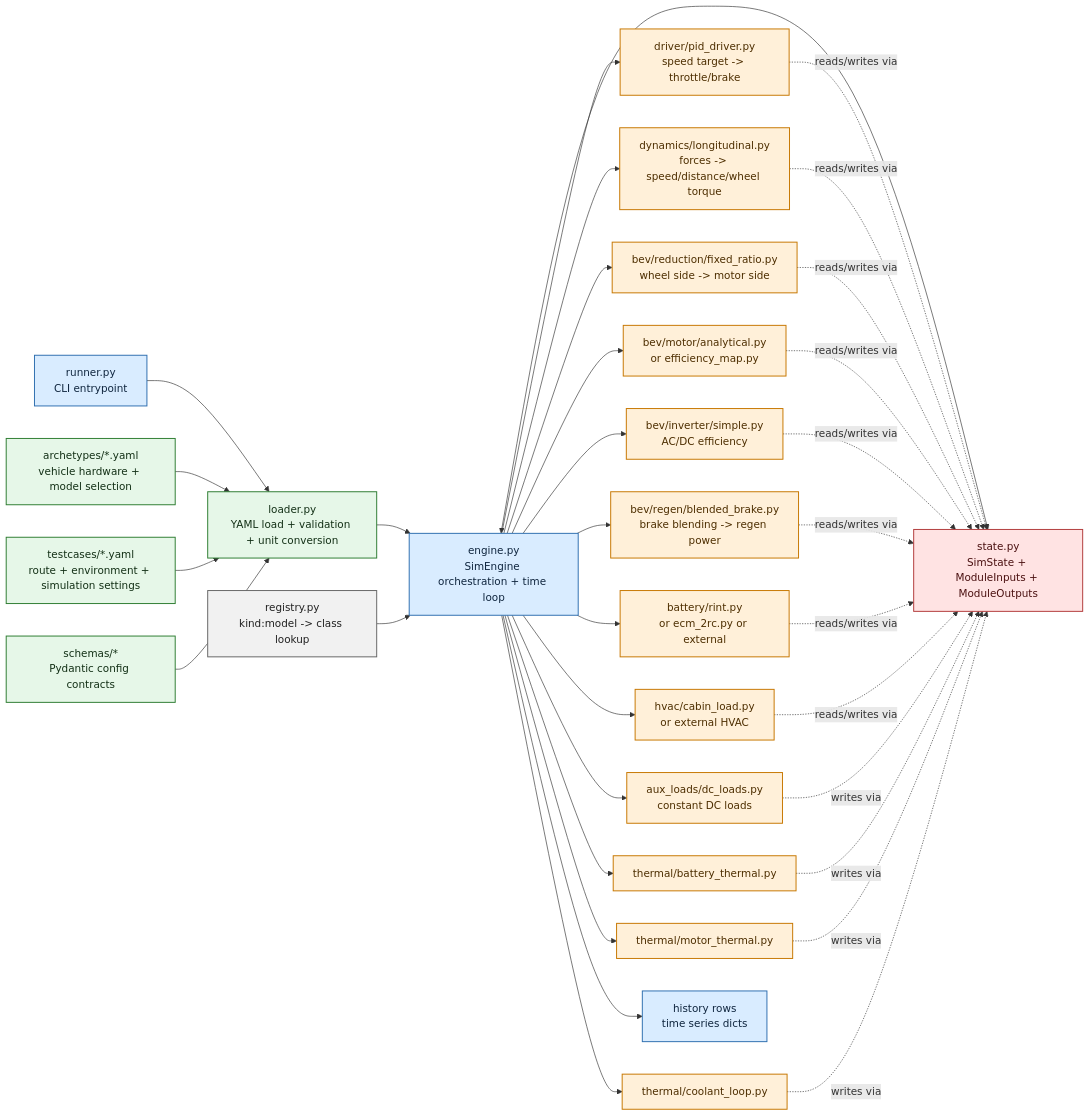
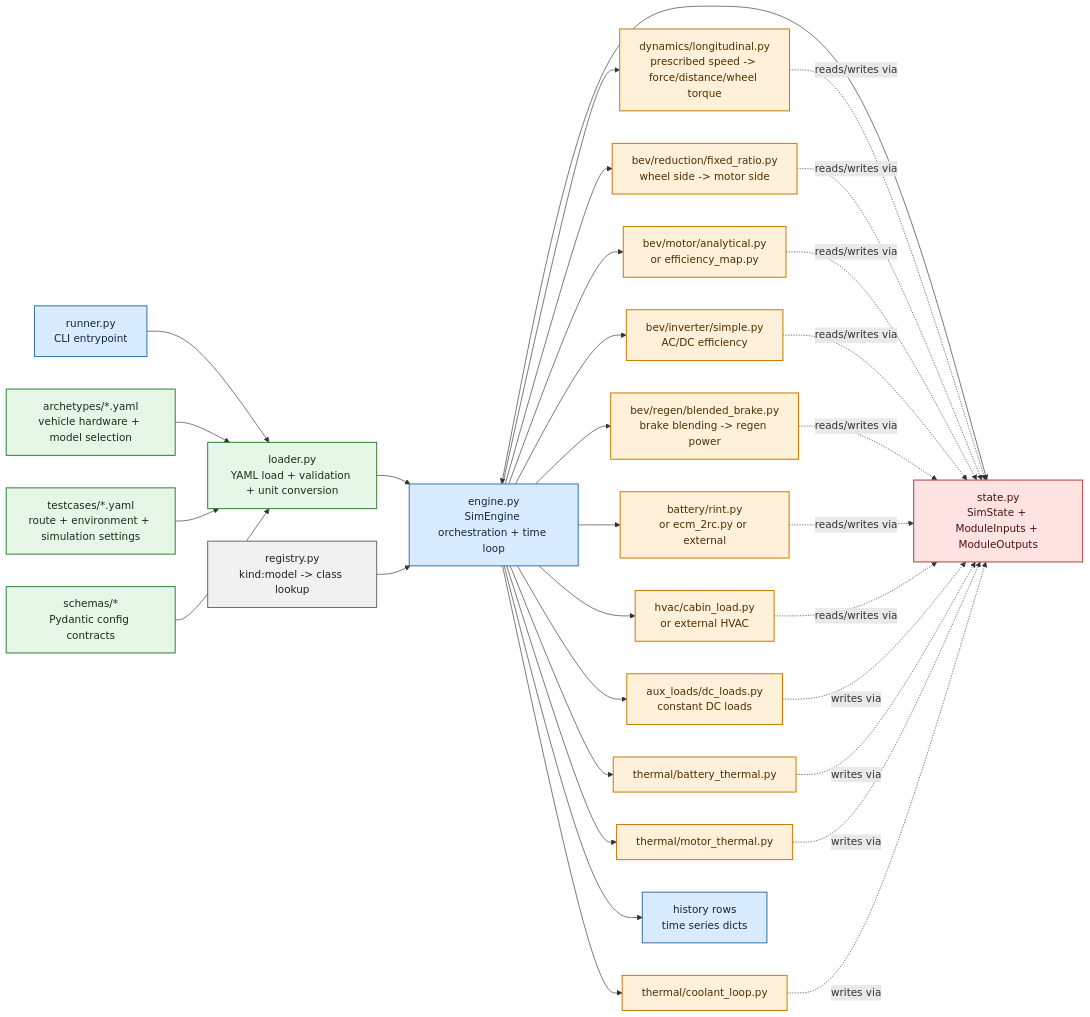
Before and after one commit to vehron-dev/vehron: the first of 2 diagrams in docs/codebase_map.md, drawn with Mermaid. The commit also changed other lines of this file and 21 other files, not shown here.

Commit message:
Switch BEV runtime to prescribed-speed simulation

````diff
--- a/docs/codebase_map.md
+++ b/docs/codebase_map.md
@@ -26,67 +26,64 @@
 ```mermaid
 flowchart LR
 
     CLI["runner.py<br/>CLI entrypoint"]:::entry
     Loader["loader.py<br/>YAML load + validation + unit conversion"]:::config
     VehicleYaml["archetypes/*.yaml<br/>vehicle hardware + model selection"]:::config
     TestcaseYaml["testcases/*.yaml<br/>route + environment + simulation settings"]:::config
     Schemas["schemas/*<br/>Pydantic config contracts"]:::config
     Registry["registry.py<br/>kind:model -> class lookup"]:::core
     Engine["engine.py<br/>SimEngine orchestration + time loop"]:::entry
     State["state.py<br/>SimState + ModuleInputs + ModuleOutputs"]:::state
-    Driver["driver/pid_driver.py<br/>speed target -> throttle/brake"]:::active
-    Dyn["dynamics/longitudinal.py<br/>forces -> speed/distance/wheel torque"]:::active
+    Dyn["dynamics/longitudinal.py<br/>prescribed speed -> force/distance/wheel torque"]:::active
     Reducer["bev/reduction/fixed_ratio.py<br/>wheel side -> motor side"]:::active
     Motor["bev/motor/analytical.py<br/>or efficiency_map.py"]:::active
     Inverter["bev/inverter/simple.py<br/>AC/DC efficiency"]:::active
     Regen["bev/regen/blended_brake.py<br/>brake blending -> regen power"]:::active
     Battery["battery/rint.py<br/>or ecm_2rc.py or external"]:::active
     HVAC["hvac/cabin_load.py<br/>or external HVAC"]:::active
     Aux["aux_loads/dc_loads.py<br/>constant DC loads"]:::active
     BattTherm["thermal/battery_thermal.py"]:::active
     MotorTherm["thermal/motor_thermal.py"]:::active
     Coolant["thermal/coolant_loop.py"]:::active
     History["history rows<br/>time series dicts"]:::entry
 
     CLI --> Loader
     VehicleYaml --> Loader
     TestcaseYaml --> Loader
     Schemas --> Loader
     Loader --> Engine
     Registry --> Engine
     Engine <--> State
 
-    Engine --> Driver
     Engine --> Dyn
     Engine --> Reducer
     Engine --> Motor
     Engine --> Inverter
     Engine --> Regen
     Engine --> Battery
     Engine --> HVAC
     Engine --> Aux
     Engine --> BattTherm
     Engine --> MotorTherm
     Engine --> Coolant
 
-    Driver -. reads/writes via .-> State
     Dyn -. reads/writes via .-> State
     Reducer -. reads/writes via .-> State
     Motor -. reads/writes via .-> State
     Inverter -. reads/writes via .-> State
     Regen -. reads/writes via .-> State
     Battery -. reads/writes via .-> State
     HVAC -. reads/writes via .-> State
     Aux -. writes via .-> State
     BattTherm -. writes via .-> State
     MotorTherm -. writes via .-> State
     Coolant -. writes via .-> State
 
     Engine --> History
     classDef entry fill:#d9ecff,stroke:#2f6fb0,color:#10263f,stroke-width:1.5px;
     classDef config fill:#e6f7e8,stroke:#2e7d32,color:#133016,stroke-width:1.5px;
     classDef active fill:#fff0d9,stroke:#c77700,color:#4d2e00,stroke-width:1.5px;
     classDef state fill:#ffe3e3,stroke:#b23b3b,color:#4b1111,stroke-width:1.5px;
     classDef ext fill:#dff8f4,stroke:#147a6c,color:#0f3a34,stroke-width:1.5px;
     classDef core fill:#f1f1f1,stroke:#666,color:#222,stroke-width:1.5px;
 ```
````
